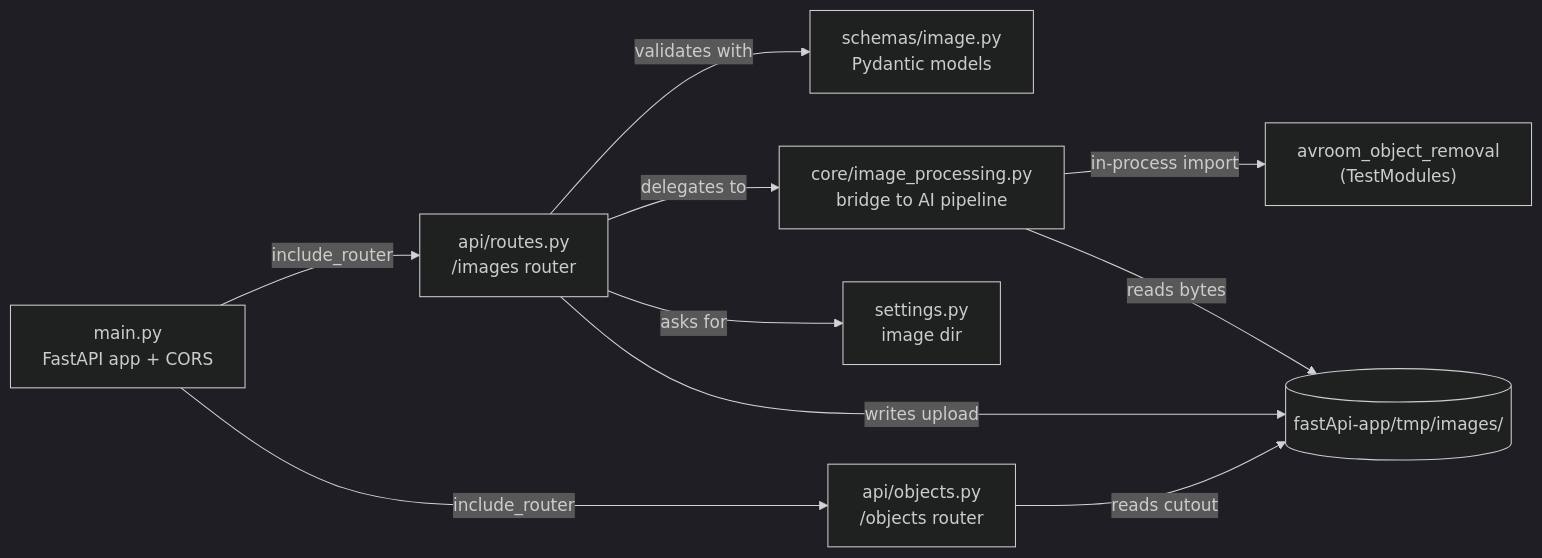
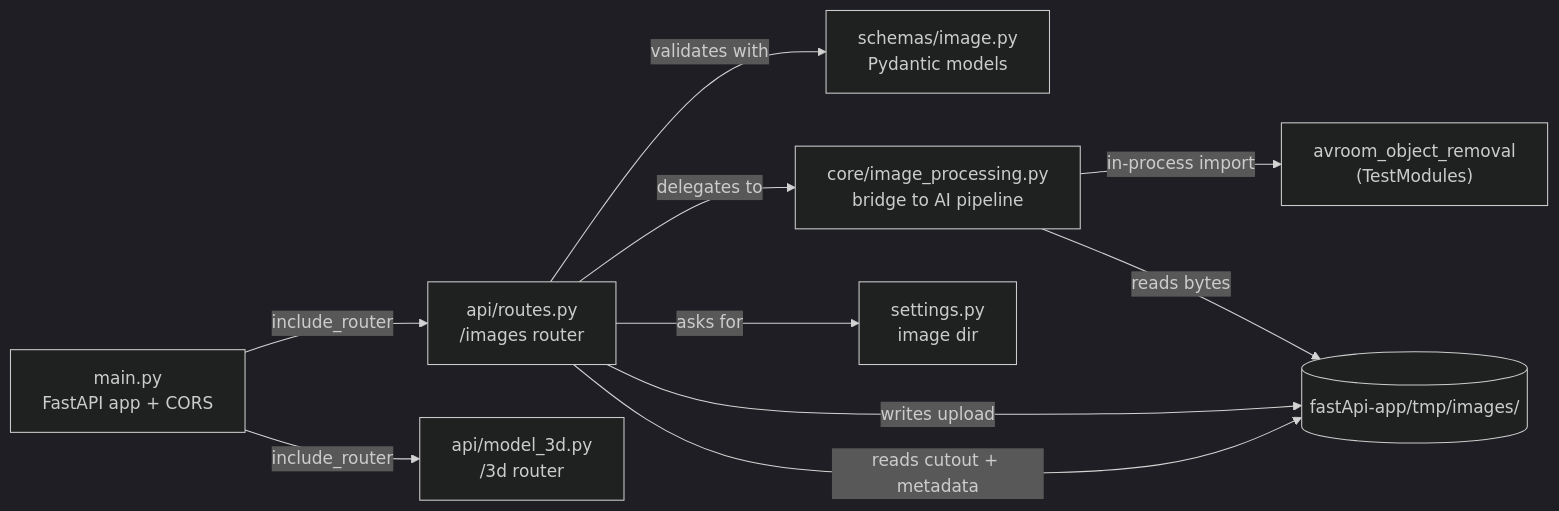
The diagram in docs/backend/README.md (1mache/avroom), drawn with Mermaid (dark theme) before and after one commit. The commit also changed 14 other files, not shown here.

First line of the commit message:
Update documentation and API for object metadata and depth rescaling

````diff
--- a/docs/backend/README.md
+++ b/docs/backend/README.md
@@ -16,21 +16,21 @@
 ```mermaid
 flowchart LR
     main["main.py<br/>FastAPI app + CORS"]
     routes["api/routes.py<br/>/images router"]
-    objects["api/objects.py<br/>/objects router"]
+    model3d["api/model_3d.py<br/>/3d router"]
     core["core/image_processing.py<br/>bridge to AI pipeline"]
     schemas["schemas/image.py<br/>Pydantic models"]
     settings["settings.py<br/>image dir"]
     pipeline["avroom_object_removal<br/>(TestModules)"]
     disk[("fastApi-app/tmp/images/")]
 
     main -->|include_router| routes
-    main -->|include_router| objects
+    main -->|include_router| model3d
     routes -->|validates with| schemas
     routes -->|delegates to| core
     routes -->|asks for| settings
     core -->|"in-process import"| pipeline
     routes -->|writes upload| disk
     core -->|reads bytes| disk
-    objects -->|reads cutout| disk
+    routes -->|reads cutout + metadata| disk
 ```
````
